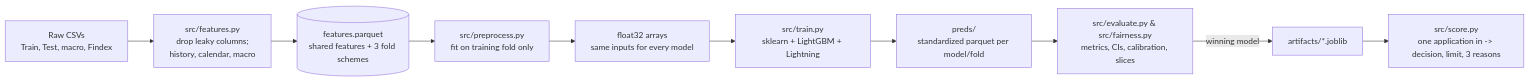
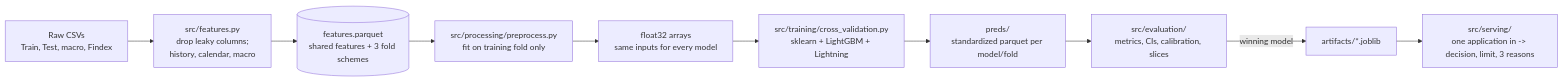
The diagram in docs/DATA_AND_PIPELINE_GUIDE.md (ASU-MICS-2028/mle-group-2-prosit-2), drawn with Mermaid before and after one commit. The commit also changed other lines of this file and 102 other files, not shown here.

````diff
--- a/docs/DATA_AND_PIPELINE_GUIDE.md
+++ b/docs/DATA_AND_PIPELINE_GUIDE.md
@@ -87,12 +87,12 @@
 ```mermaid
 flowchart LR
     A[Raw CSVs<br/>Train, Test, macro, Findex] --> B[src/features.py<br/>drop leaky columns;<br/>history, calendar, macro]
     B --> C[(features.parquet<br/>shared features + 3 fold schemes)]
-    C --> D[src/preprocess.py<br/>fit on training fold only]
+    C --> D[src/processing/preprocess.py<br/>fit on training fold only]
     D --> E[float32 arrays<br/>same inputs for every model]
-    E --> F[src/train.py<br/>sklearn + LightGBM + Lightning]
+    E --> F[src/training/cross_validation.py<br/>sklearn + LightGBM + Lightning]
     F --> G[preds/<br/>standardized parquet per model/fold]
-    G --> H[src/evaluate.py & src/fairness.py<br/>metrics, CIs, calibration, slices]
+    G --> H[src/evaluation/<br/>metrics, CIs, calibration, slices]
     H -- winning model --> I[artifacts/*.joblib]
-    I --> J[src/score.py<br/>one application in -> decision, limit, 3 reasons]
+    I --> J[src/serving/<br/>one application in -> decision, limit, 3 reasons]
 ```
````
